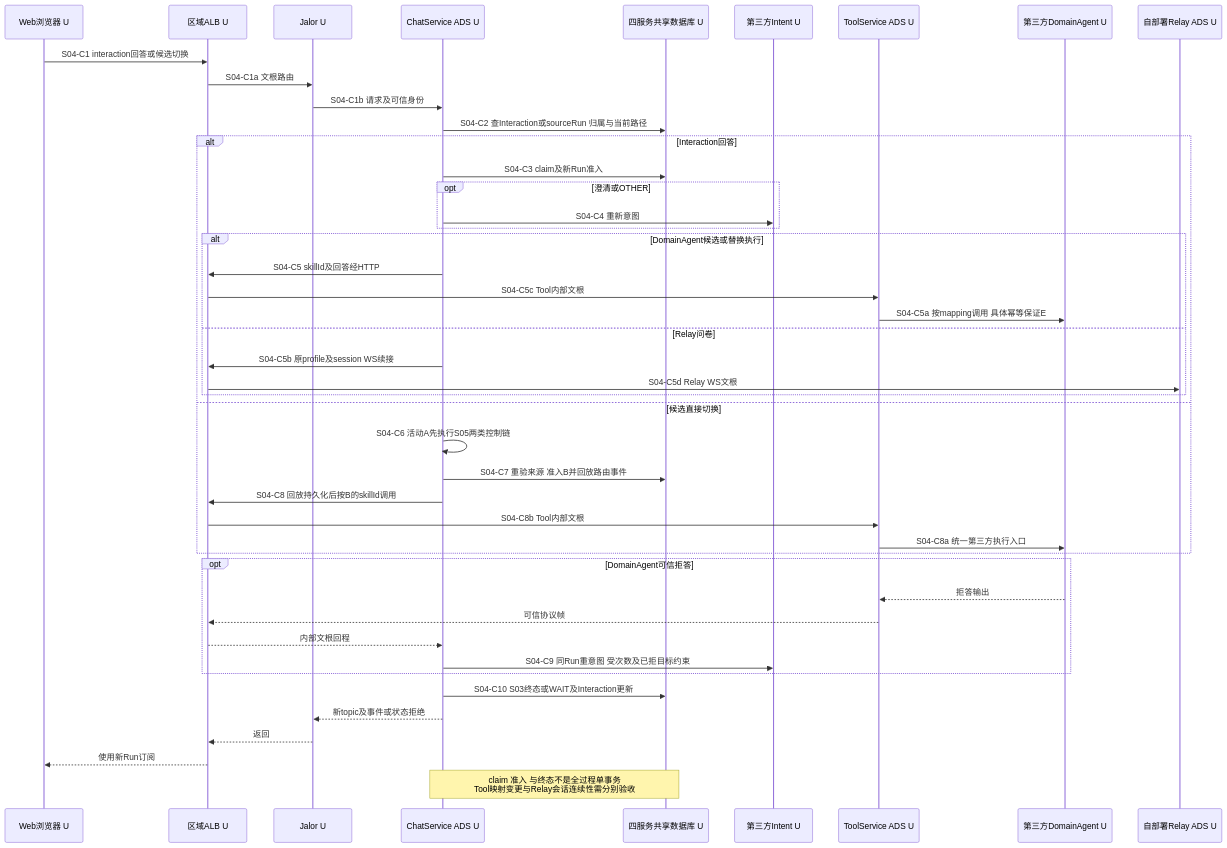
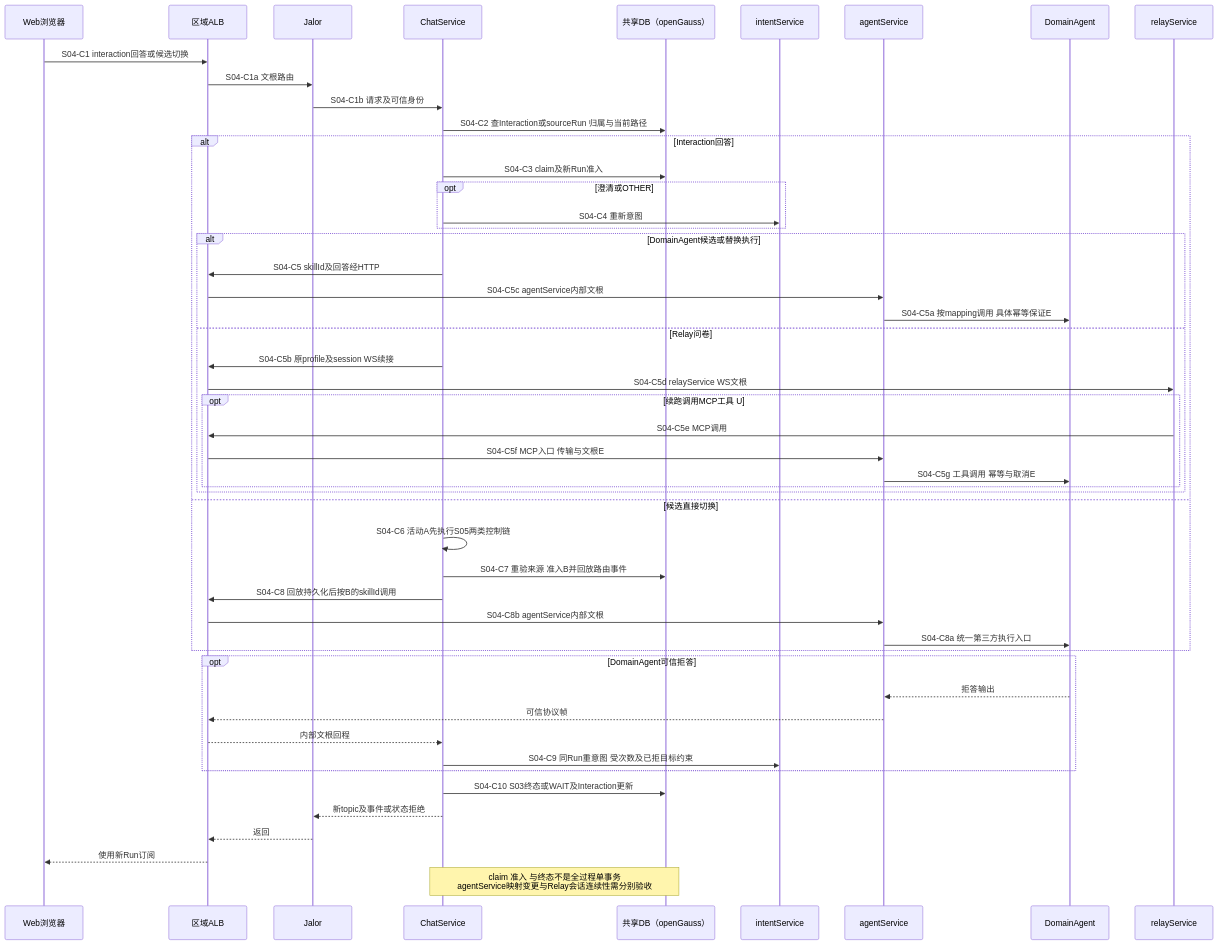
Before and after one commit to kunben-duck/exweb: the seventh of 24 diagrams in docs/architecture/high-availability/scenarios.md, drawn with Mermaid. The commit also changed other lines of this file and 9 other files, not shown here.

Commit message:
docs: refine HA stability and agent service isolation design

````diff
--- a/docs/architecture/high-availability/scenarios.md
+++ b/docs/architecture/high-availability/scenarios.md
@@ -315,47 +407,52 @@
 ```mermaid
 sequenceDiagram
-    participant U as Web浏览器 U
-    participant L as 区域ALB U
-    participant G as Jalor U
-    participant C as ChatService ADS U
-    participant D as 四服务共享数据库 U
-    participant I as 第三方Intent U
-    participant TOOL as ToolService ADS U
-    participant DA as 第三方DomainAgent U
-    participant RL as 自部署Relay ADS U
+    participant U as Web浏览器
+    participant L as 区域ALB
+    participant G as Jalor
+    participant C as ChatService
+    participant D as 共享DB（openGauss）
+    participant I as intentService
+    participant AG as agentService
+    participant DA as DomainAgent
+    participant RL as relayService
     U->>L: S04-C1 interaction回答或候选切换
     L->>G: S04-C1a 文根路由
     G->>C: S04-C1b 请求及可信身份
     C->>D: S04-C2 查Interaction或sourceRun 归属与当前路径
     alt Interaction回答
         C->>D: S04-C3 claim及新Run准入
         opt 澄清或OTHER
             C->>I: S04-C4 重新意图
         end
         alt DomainAgent候选或替换执行
             C->>L: S04-C5 skillId及回答经HTTP
-            L->>TOOL: S04-C5c Tool内部文根
-            TOOL->>DA: S04-C5a 按mapping调用 具体幂等保证E
+            L->>AG: S04-C5c agentService内部文根
+            AG->>DA: S04-C5a 按mapping调用 具体幂等保证E
         else Relay问卷
             C->>L: S04-C5b 原profile及session WS续接
-            L->>RL: S04-C5d Relay WS文根
+            L->>RL: S04-C5d relayService WS文根
+            opt 续跑调用MCP工具 U
+                RL->>L: S04-C5e MCP调用
+                L->>AG: S04-C5f MCP入口 传输与文根E
+                AG->>DA: S04-C5g 工具调用 幂等与取消E
+            end
         end
     else 候选直接切换
         C->>C: S04-C6 活动A先执行S05两类控制链
         C->>D: S04-C7 重验来源 准入B并回放路由事件
         C->>L: S04-C8 回放持久化后按B的skillId调用
-        L->>TOOL: S04-C8b Tool内部文根
-        TOOL->>DA: S04-C8a 统一第三方执行入口
+        L->>AG: S04-C8b agentService内部文根
+        AG->>DA: S04-C8a 统一第三方执行入口
     end
     opt DomainAgent可信拒答
-        DA-->>TOOL: 拒答输出
-        TOOL-->>L: 可信协议帧
+        DA-->>AG: 拒答输出
+        AG-->>L: 可信协议帧
         L-->>C: 内部文根回程
         C->>I: S04-C9 同Run重意图 受次数及已拒目标约束
     end
     C->>D: S04-C10 S03终态或WAIT及Interaction更新
     C-->>G: 新topic及事件或状态拒绝
     G-->>L: 返回
     L-->>U: 使用新Run订阅
-    Note over C,D: claim 准入 与终态不是全过程单事务<br/>Tool映射变更与Relay会话连续性需分别验收
+    Note over C,D: claim 准入 与终态不是全过程单事务<br/>agentService映射变更与Relay会话连续性需分别验收
 ```
````
